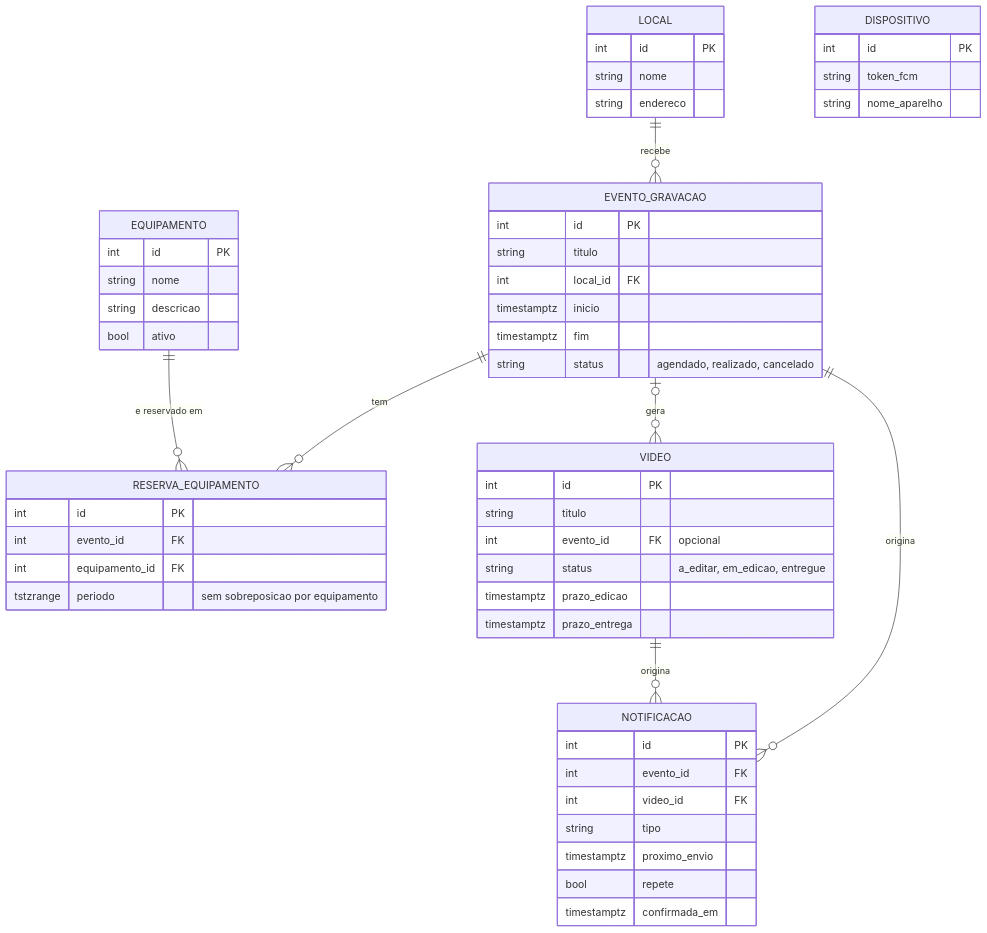
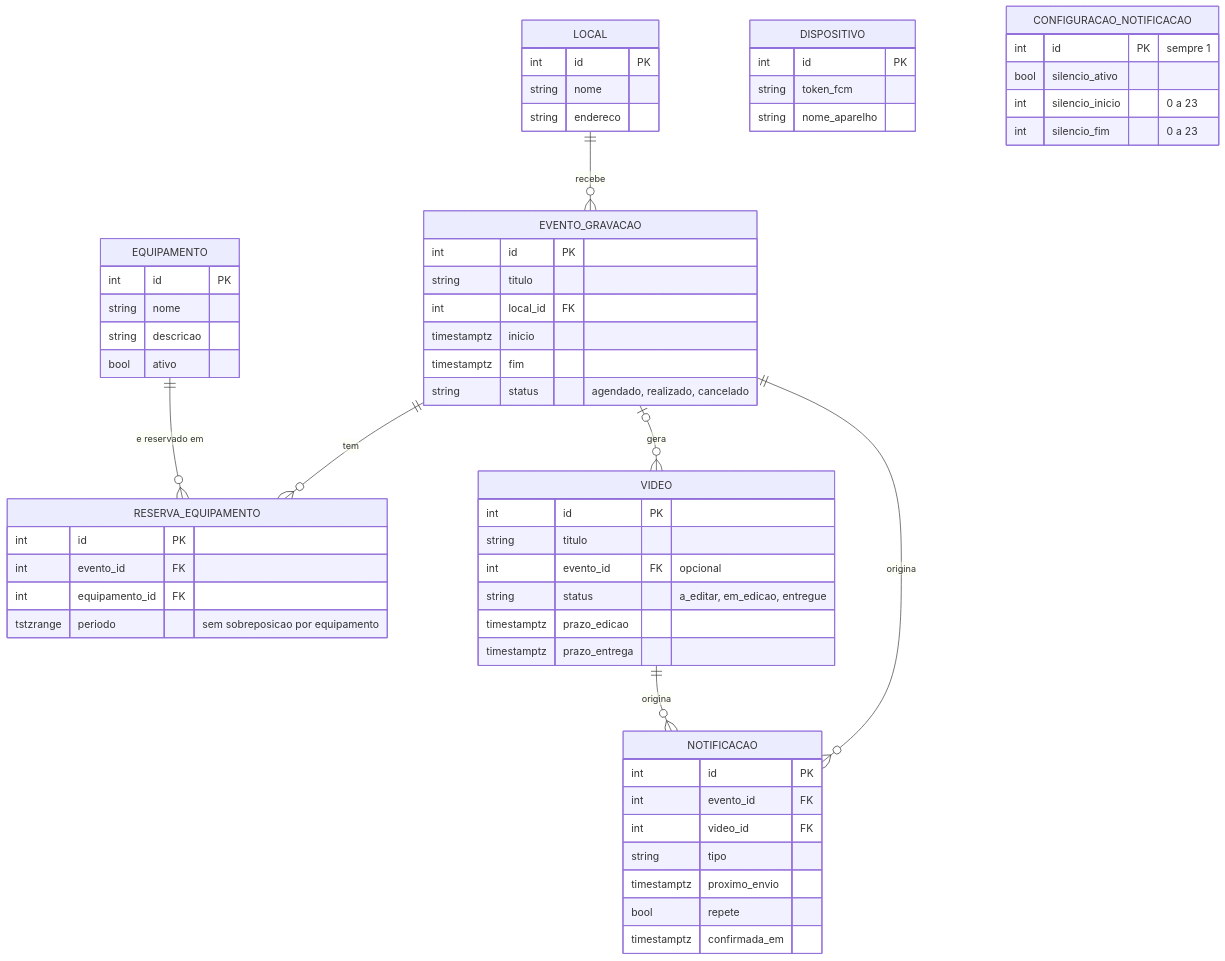
Before and after one commit to MelloNickolas/Bootcamp-Analise-de-Sistemas-e-Banco-de-Dados: the diagram in Readme Assets/02-der.mmd, drawn with Mermaid. The commit also changed 19 other files, not shown here.

```diff
--- a/Readme Assets/02-der.mmd
+++ b/Readme Assets/02-der.mmd
@@ -1,55 +1,61 @@
 erDiagram
     LOCAL ||--o{ EVENTO_GRAVACAO : "recebe"
     EVENTO_GRAVACAO ||--o{ RESERVA_EQUIPAMENTO : "tem"
     EQUIPAMENTO ||--o{ RESERVA_EQUIPAMENTO : "e reservado em"
     EVENTO_GRAVACAO |o--o{ VIDEO : "gera"
     EVENTO_GRAVACAO ||--o{ NOTIFICACAO : "origina"
     VIDEO ||--o{ NOTIFICACAO : "origina"
 
     LOCAL {
         int id PK
         string nome
         string endereco
     }
     EQUIPAMENTO {
         int id PK
         string nome
         string descricao
         bool ativo
     }
     EVENTO_GRAVACAO {
         int id PK
         string titulo
         int local_id FK
         timestamptz inicio
         timestamptz fim
         string status "agendado, realizado, cancelado"
     }
     RESERVA_EQUIPAMENTO {
         int id PK
         int evento_id FK
         int equipamento_id FK
         tstzrange periodo "sem sobreposicao por equipamento"
     }
     VIDEO {
         int id PK
         string titulo
         int evento_id FK "opcional"
         string status "a_editar, em_edicao, entregue"
         timestamptz prazo_edicao
         timestamptz prazo_entrega
     }
     NOTIFICACAO {
         int id PK
         int evento_id FK
         int video_id FK
         string tipo
         timestamptz proximo_envio
         bool repete
         timestamptz confirmada_em
     }
     DISPOSITIVO {
         int id PK
         string token_fcm
         string nome_aparelho
     }
+    CONFIGURACAO_NOTIFICACAO {
+        int id PK "sempre 1"
+        bool silencio_ativo
+        int silencio_inicio "0 a 23"
+        int silencio_fim "0 a 23"
+    }
```
